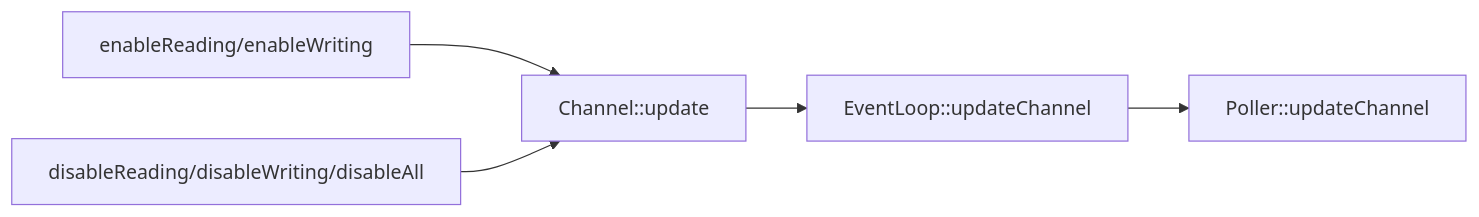
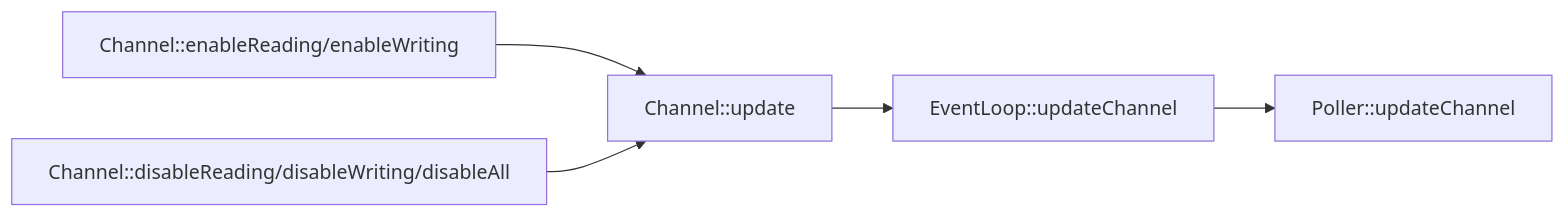
One commit to Hsurpass/Blogs changed the first of 5 diagrams in muduo/study.md. Above: the diagram before and after it, drawn with Mermaid. The commit also changed other lines of this file and 2 other files, not shown here.

````diff
--- a/muduo/study.md
+++ b/muduo/study.md
@@ -32,7 +32,7 @@
 ```mermaid
 graph LR
-enableReading/enableWriting-->Channel::update
-disableReading/disableWriting/disableAll-->Channel::update
+Channel::enableReading/enableWriting-->Channel::update
+Channel::disableReading/disableWriting/disableAll-->Channel::update
 Channel::update-->EventLoop::updateChannel
 EventLoop::updateChannel-->Poller::updateChannel
 ```
````
